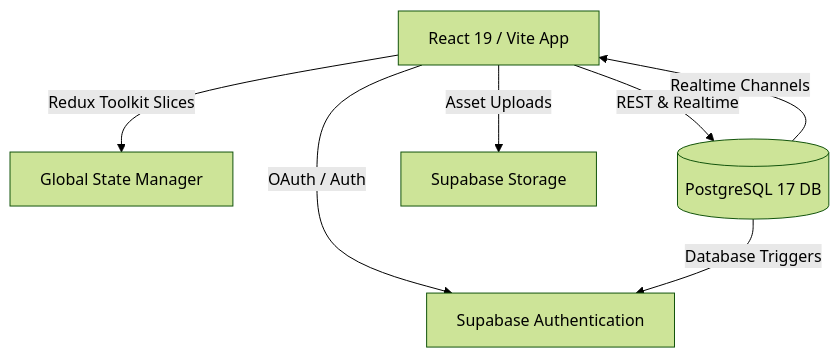
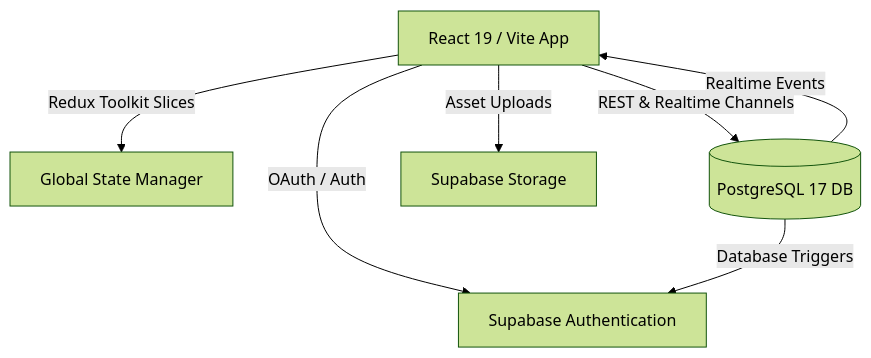
Before and after one commit to Fayed12/Quivio-web-app: the first of 2 diagrams in README.md, drawn with Mermaid (forest theme). The commit also changed other lines of this file and 9 other files, not shown here.

````diff
--- a/README.md
+++ b/README.md
@@ -57,9 +59,9 @@
 ```mermaid
 graph TD
     Client[React 19 / Vite App] -->|OAuth / Auth| SupabaseAuth[Supabase Authentication]
     Client -->|Redux Toolkit Slices| Redux[Global State Manager]
-    Client -->|REST & Realtime| SupabaseDB[(PostgreSQL 17 DB)]
+    Client -->|REST & Realtime Channels| SupabaseDB[(PostgreSQL 17 DB)]
     Client -->|Asset Uploads| SupabaseStorage[Supabase Storage]
     SupabaseDB -->|Database Triggers| SupabaseAuth
-    SupabaseDB -->|Realtime Channels| Client
+    SupabaseDB -->|Realtime Events| Client
 ```
````
